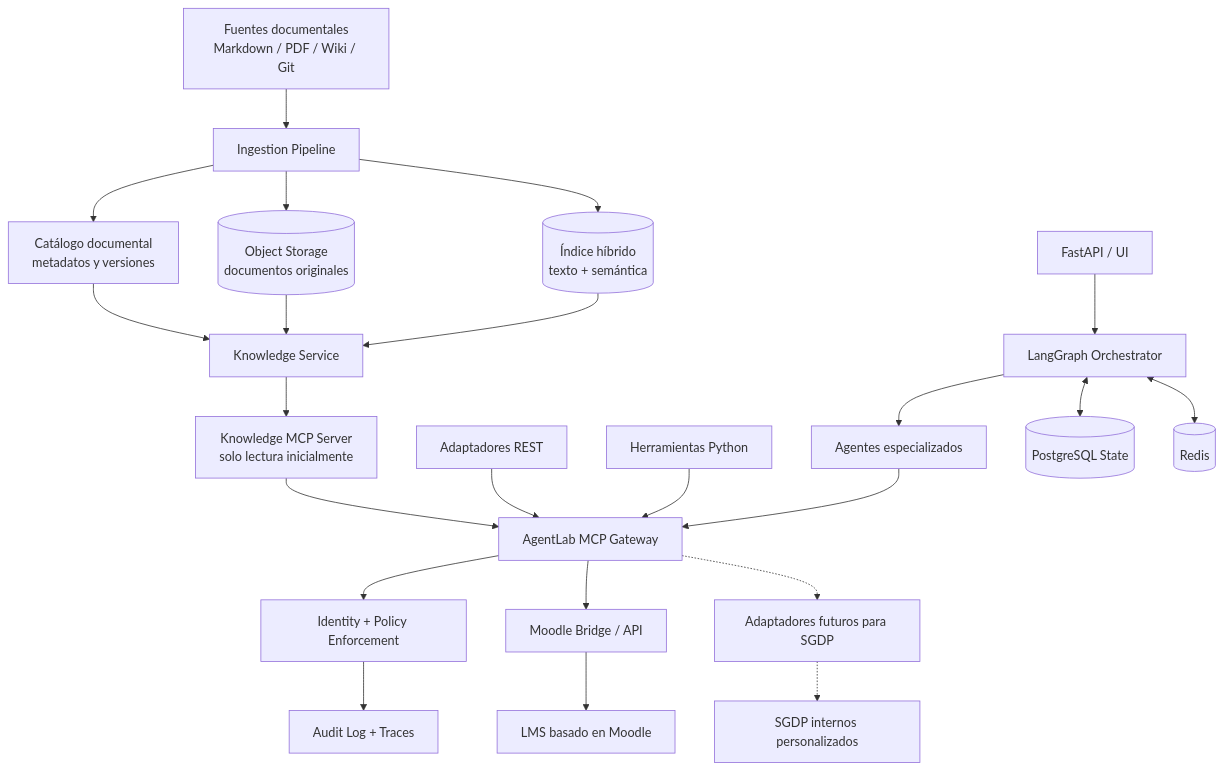
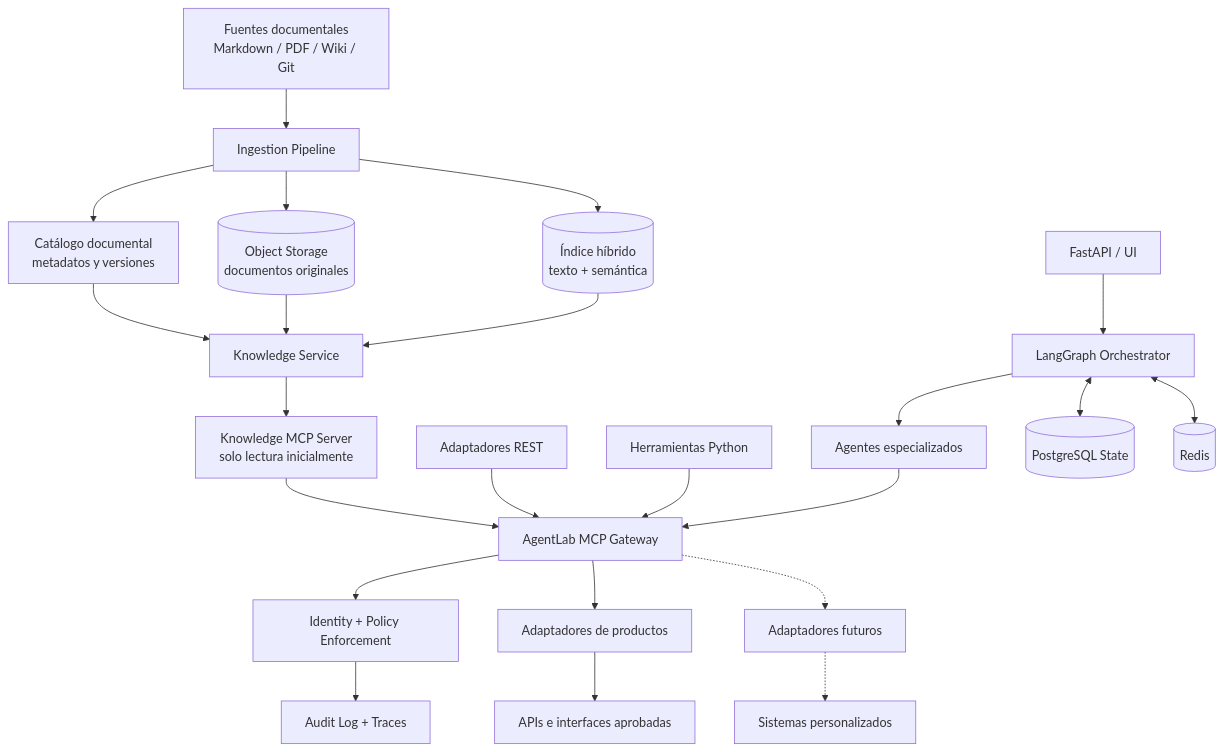
The diagram in docs/marco-teorico.md (jgomezaTI/agent-lab), drawn with Mermaid before and after one commit. The commit also changed other lines of this file and 5 other files, not shown here.

Commit message:
second commit architecture

````diff
--- a/docs/marco-teorico.md
+++ b/docs/marco-teorico.md
@@ -76,28 +76,28 @@
 ```mermaid
 flowchart TB
     SOURCES[Fuentes documentales\nMarkdown / PDF / Wiki / Git] --> INGEST[Ingestion Pipeline]
     INGEST --> CATALOG[Catálogo documental\nmetadatos y versiones]
     INGEST --> OBJECT[(Object Storage\ndocumentos originales)]
     INGEST --> INDEX[(Índice híbrido\ntexto + semántica)]
 
     CATALOG --> KNOWLEDGE[Knowledge Service]
     OBJECT --> KNOWLEDGE
     INDEX --> KNOWLEDGE
 
     KNOWLEDGE --> KMCP[Knowledge MCP Server\nsolo lectura inicialmente]
     KMCP --> GATEWAY[AgentLab MCP Gateway]
     REST[Adaptadores REST] --> GATEWAY
     PYTHON[Herramientas Python] --> GATEWAY
 
     API[FastAPI / UI] --> ORCH[LangGraph Orchestrator]
     ORCH --> AGENTS[Agentes especializados]
     AGENTS --> GATEWAY
     GATEWAY --> POLICY[Identity + Policy Enforcement]
-    GATEWAY --> MOODLE_BRIDGE[Moodle Bridge / API]
-    MOODLE_BRIDGE --> MOODLE[LMS basado en Moodle]
-    GATEWAY -.-> SGDP_BRIDGE[Adaptadores futuros para SGDP]
-    SGDP_BRIDGE -.-> SGDP[SGDP internos personalizados]
+    GATEWAY --> PRODUCT_ADAPTERS[Adaptadores de productos]
+    PRODUCT_ADAPTERS --> PRODUCT_APIS[APIs e interfaces aprobadas]
+    GATEWAY -.-> CUSTOM_BRIDGE[Adaptadores futuros]
+    CUSTOM_BRIDGE -.-> CUSTOM_SYSTEMS[Sistemas personalizados]
     POLICY --> AUDIT[Audit Log + Traces]
     ORCH <--> STATE[(PostgreSQL State)]
     ORCH <--> CACHE[(Redis)]
 ```
````
